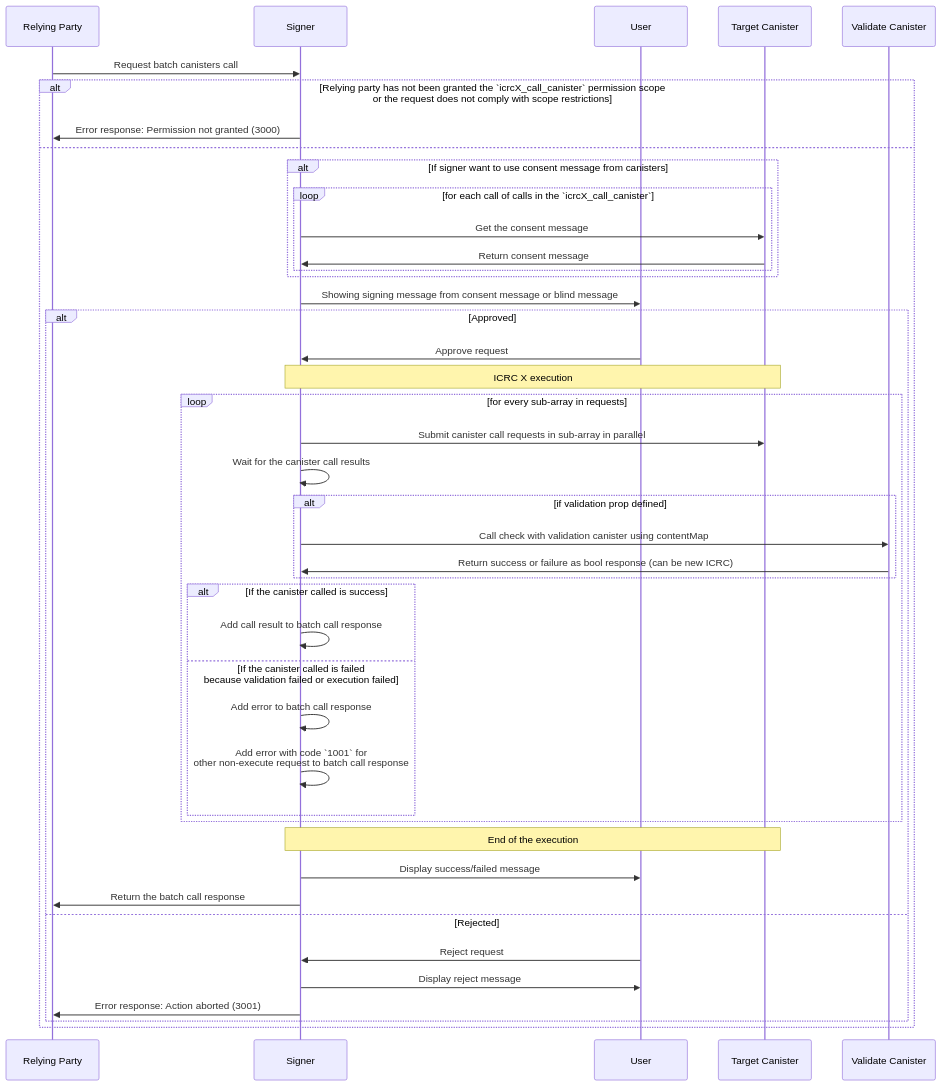
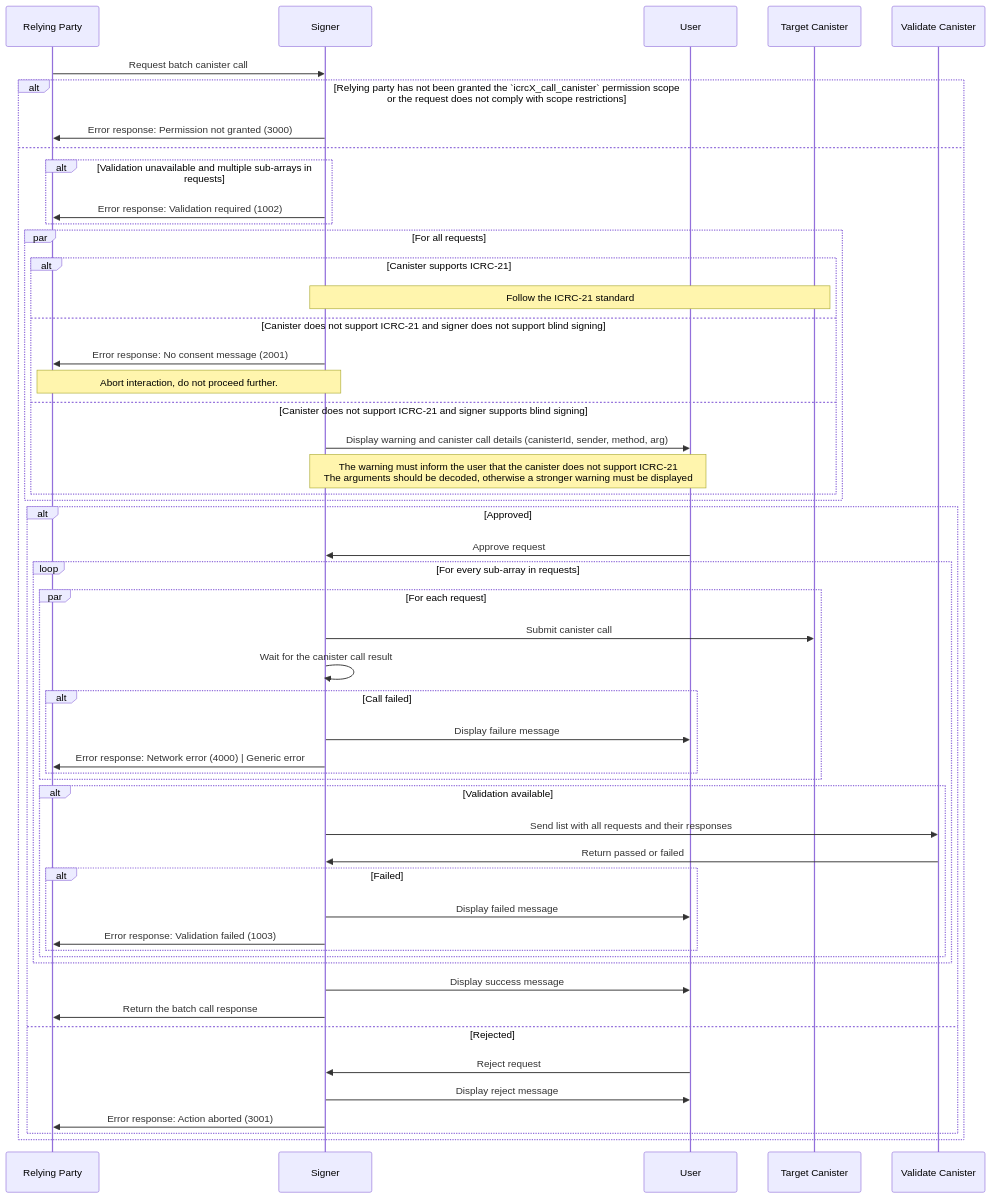
Before and after one commit to dfinity/wg-identity-authentication: the diagram in topics/icrc_X_multiple_canister_call.md, drawn with Mermaid. The commit also changed other lines of this file, not shown here.

Commit message:
Apply suggestions from code review

````diff
--- a/topics/icrc_X_multiple_canister_call.md
+++ b/topics/icrc_X_multiple_canister_call.md
@@ -125,56 +114,55 @@
 ```mermaid
 sequenceDiagram
     participant RP as Relying Party
     participant S as Signer
     participant U as User
     participant C as Target Canister
     participant VC as Validate Canister
 
-    RP ->> S: Request batch canisters call
+    RP ->> S: Request batch canister call
     alt Relying party has not been granted the `icrcX_call_canister` permission scope<br>or the request does not comply with scope restrictions
         S ->> RP: Error response: Permission not granted (3000)
     else
-
-        alt If signer want to use consent message from canisters
-            loop for each call of calls in the `icrcX_call_canister`
-                S ->> C: Get the consent message
-                C ->> S: Return consent message
+        alt Validation unavailable and multiple sub-arrays in requests
+            S ->> RP: Error response: Validation required (1002)
+        end
+        par For all requests
+            alt Canister supports ICRC-21
+                Note over S,C: Follow the ICRC-21 standard
+            else Canister does not support ICRC-21 and signer does not support blind signing
+                S ->> RP: Error response: No consent message (2001)
+                Note over RP,S: Abort interaction, do not proceed further.
+            else Canister does not support ICRC-21 and signer supports blind signing
+                S ->> U: Display warning and canister call details (canisterId, sender, method, arg)
+                Note over S,U: The warning must inform the user that the canister does not support ICRC-21<br/>The arguments should be decoded, otherwise a stronger warning must be displayed
             end
         end
-
-        S ->> U: Showing signing message from consent message or blind message
-
-
         alt Approved
             U ->> S: Approve request
-            Note over S,C: ICRC X execution
-
-            loop for every sub-array in requests
-                S ->> C: Submit canister call requests in sub-array in parallel
-                S ->> S: Wait for the canister call results
-
-                alt if validation prop defined
-                    S ->> VC: Call check with validation canister using contentMap
-                    VC ->> S: Return success or failure as bool response (can be new ICRC)
+            loop For every sub-array in requests
+                par For each request
+                    S ->> C: Submit canister call
+                    S ->> S: Wait for the canister call result
+                    alt Call failed
+                        S ->> U: Display failure message
+                        S ->> RP: Error response: Network error (4000) | Generic error 
+                    end
                 end
-
-                alt If the canister called is success
-                    S ->> S: Add call result to batch call response
-                else If the canister called is failed <br/> because validation failed or execution failed
-                    S ->> S: Add error to batch call response
-                    S ->> S: Add error with code `1001` for <br/> other non-execute request to batch call response
+                alt Validation available
+                    S ->> VC: Send list with all requests and their responses
+                    VC ->> S: Return passed or failed
+                    alt Failed
+                        S ->> U: Display failed message
+                        S ->> RP: Error response: Validation failed (1003)
+                    end
                 end
             end
-
-            Note over S,C: End of the execution
-
-        S ->> U: Display success/failed message
-        S ->> RP: Return the batch call response
-
+            S ->> U: Display success message
+            S ->> RP: Return the batch call response
         else Rejected
             U ->> S: Reject request
             S ->> U: Display reject message
             S ->> RP: Error response: Action aborted (3001)
         end
     end
 ```
````
